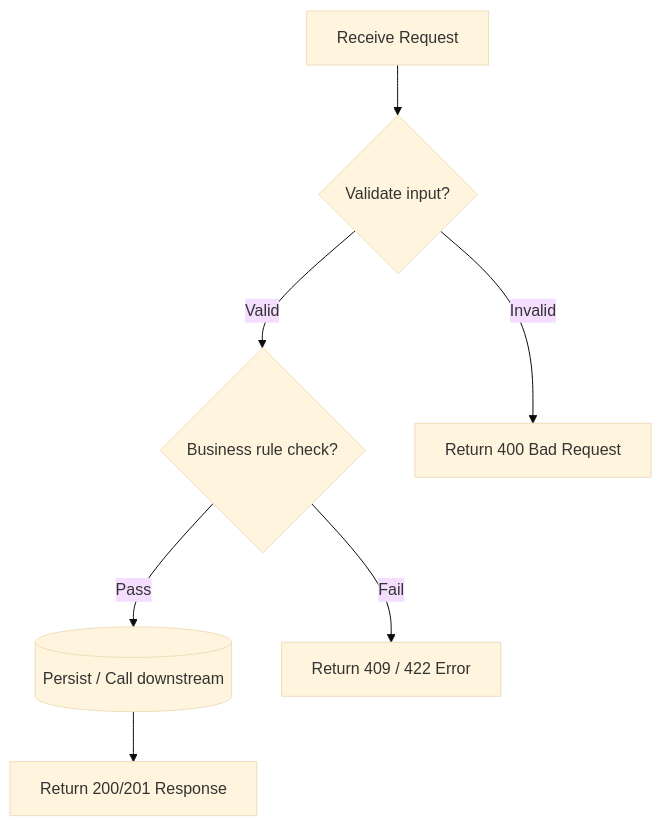
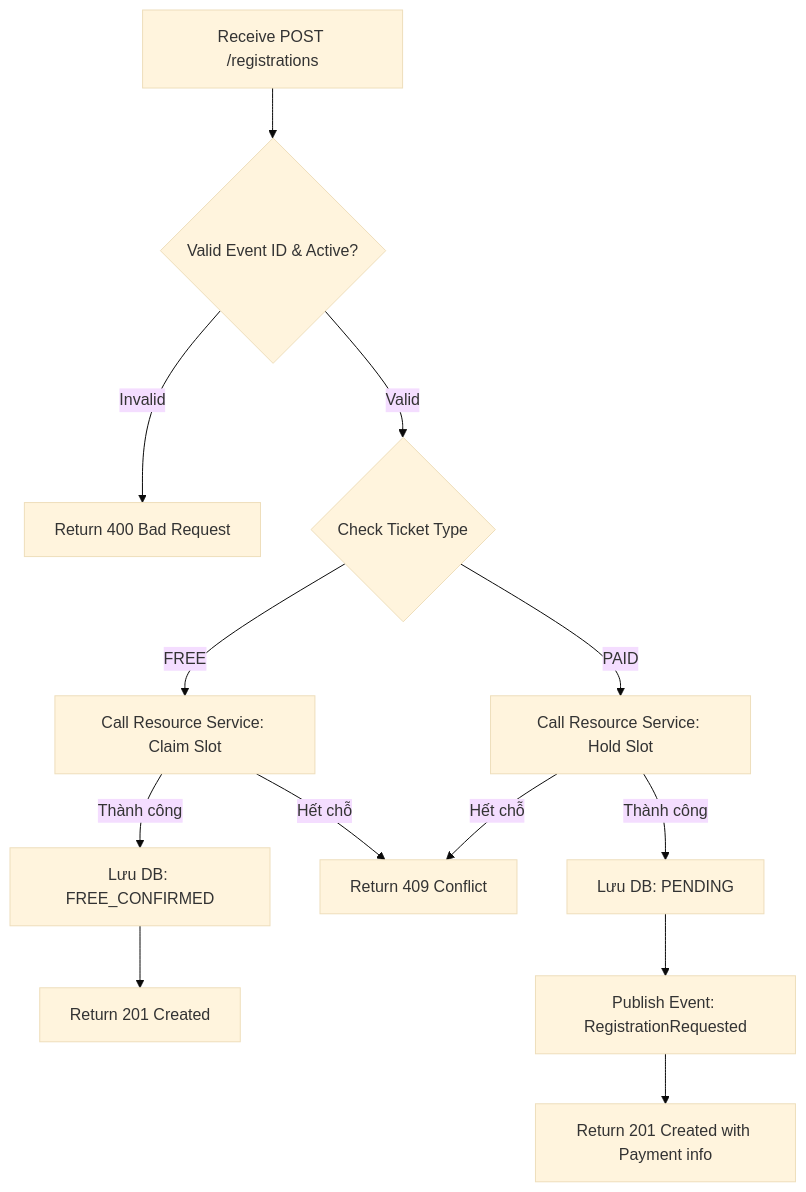
Before and after one commit to ttvKieran/event-internal: the second of 2 diagrams in docs/analysis-and-design-ddd.md, drawn with Mermaid (base theme). The commit also changed other lines of this file and 23 other files, not shown here.

````diff
--- a/docs/analysis-and-design-ddd.md
+++ b/docs/analysis-and-design-ddd.md
@@ -295,9 +187,17 @@
 ```mermaid
 flowchart TD
-    A[Receive Request] --> B{Validate input?}
-    B -->|Valid| C{Business rule check?}
+    A[Receive POST /registrations] --> B{Valid Event ID & Active?}
     B -->|Invalid| D[Return 400 Bad Request]
-    C -->|Pass| E[(Persist / Call downstream)]
-    C -->|Fail| F[Return 409 / 422 Error]
-    E --> G[Return 200/201 Response]
+    B -->|Valid| C{Check Ticket Type}
+    C -->|FREE| E[Call Resource Service: Claim Slot]
+    C -->|PAID| F[Call Resource Service: Hold Slot]
+    
+    E --> |Thành công| G[Lưu DB: FREE_CONFIRMED]
+    E --> |Hết chỗ| H[Return 409 Conflict]
+    G --> I[Return 201 Created]
+    
+    F --> |Thành công| J[Lưu DB: PENDING]
+    F --> |Hết chỗ| H
+    J --> K[Publish Event: RegistrationRequested]
+    K --> L[Return 201 Created with Payment info]
 ```
````
